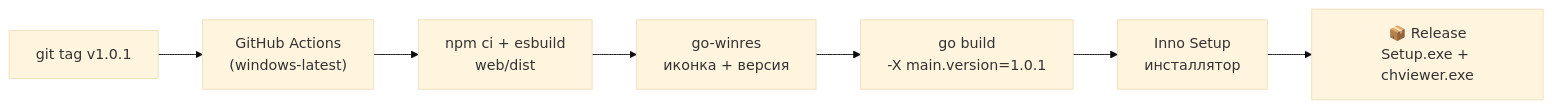
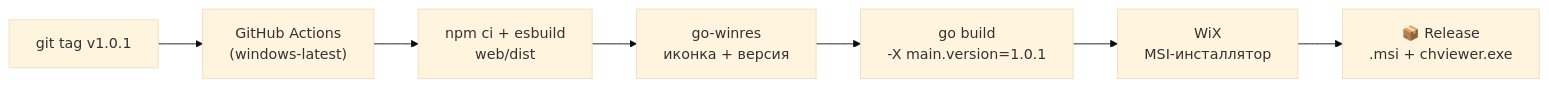
The ninth of 9 diagrams in README.md (akprof2000/ClickHouse-Show-Polygons), drawn with Mermaid (base theme) before and after one commit. The commit also changed other lines of this file and 4 other files, not shown here.

Commit message:
Инсталлятор в формате MSI (WiX), версия 1.0.1

````diff
--- a/README.md
+++ b/README.md
@@ -383,9 +383,9 @@
 ```mermaid
 flowchart LR
     T["git tag v1.0.1"] --> W["GitHub Actions<br/>(windows-latest)"]
     W --> N["npm ci + esbuild<br/>web/dist"]
     N --> I["go-winres<br/>иконка + версия"]
     I --> G["go build<br/>-X main.version=1.0.1"]
-    G --> S["Inno Setup<br/>инсталлятор"]
-    S --> R["📦 Release<br/>Setup.exe + chviewer.exe"]
+    G --> S["WiX<br/>MSI-инсталлятор"]
+    S --> R["📦 Release<br/>.msi + chviewer.exe"]
 ```
````
